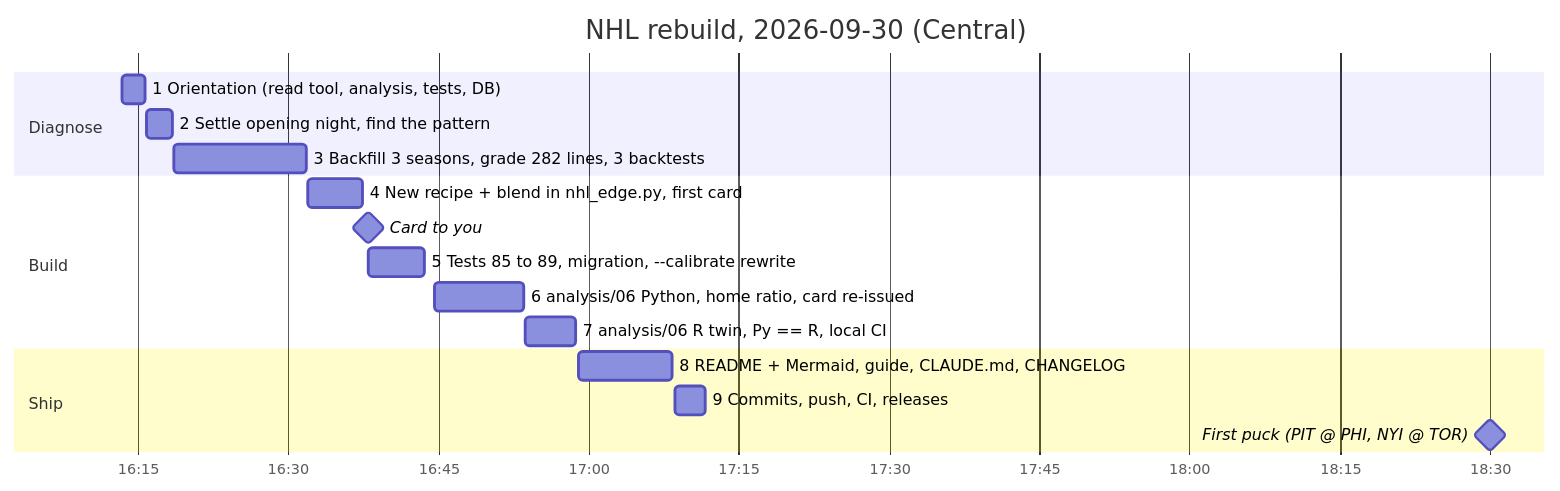
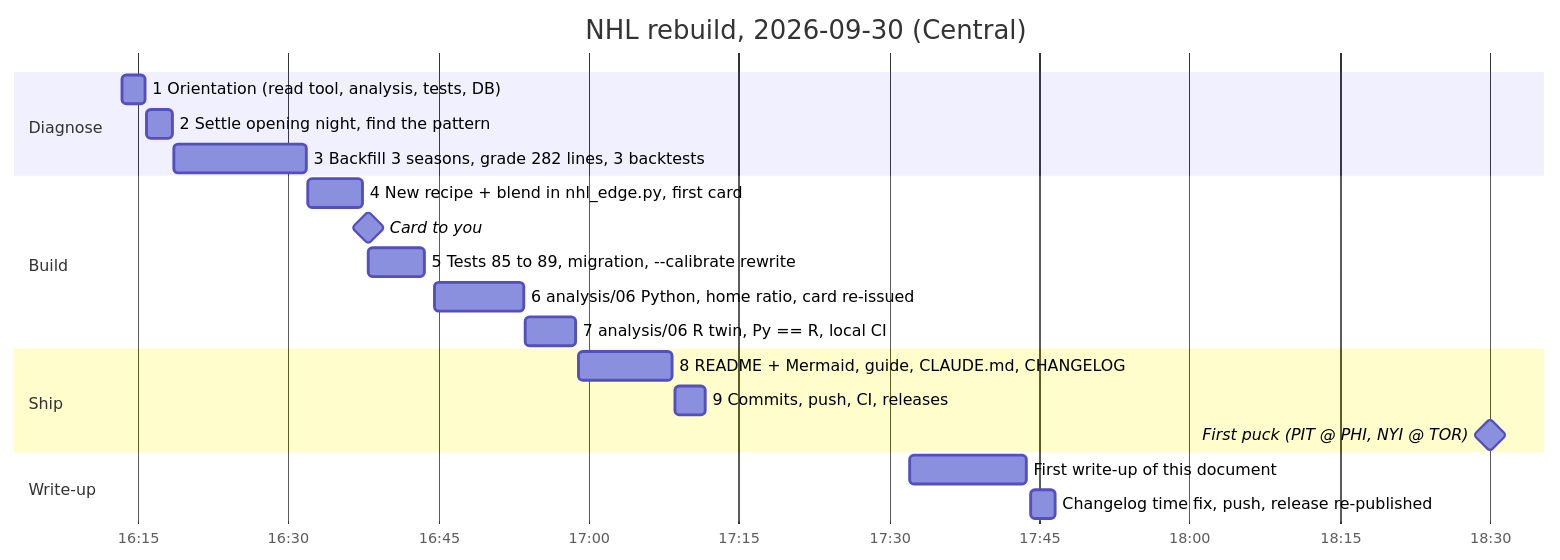
Before and after one commit to wbp318/cfb_soccer_nhl_2026_2027: the second of 28 diagrams in nhl_rebuild_session_2026-09-30.md, drawn with Mermaid. The commit also changed other lines of this file and 2 other files, not shown here.

First line of the commit message:
Session write-up expanded: prompt anatomy, token routing, cache, parallel tools, effort

````diff
--- a/nhl_rebuild_session_2026-09-30.md
+++ b/nhl_rebuild_session_2026-09-30.md
@@ -37,20 +90,23 @@
 ```mermaid
 gantt
     title NHL rebuild, 2026-09-30 (Central)
     dateFormat HH:mm:ss
     axisFormat %H:%M
     section Diagnose
     1 Orientation (read tool, analysis, tests, DB)        :p1, 16:13:24, 16:15:43
     2 Settle opening night, find the pattern               :p2, 16:15:53, 16:18:24
     3 Backfill 3 seasons, grade 282 lines, 3 backtests      :p3, 16:18:34, 16:31:48
     section Build
     4 New recipe + blend in nhl_edge.py, first card         :p4, 16:31:59, 16:37:25
     Card to you                                            :milestone, m1, 16:37:57, 16:37:57
     5 Tests 85 to 89, migration, --calibrate rewrite        :p5, 16:37:57, 16:43:39
     6 analysis/06 Python, home ratio, card re-issued        :p6, 16:44:35, 16:53:32
     7 analysis/06 R twin, Py == R, local CI                 :p7, 16:53:40, 16:58:41
     section Ship
     8 README + Mermaid, guide, CLAUDE.md, CHANGELOG         :p8, 16:58:55, 17:08:19
     9 Commits, push, CI, releases                           :p9, 17:08:38, 17:11:39
     First puck (PIT @ PHI, NYI @ TOR)                       :milestone, m2, 18:30:00, 18:30:00
+    section Write-up
+    First write-up of this document                         :w1, 17:32:01, 17:43:40
+    Changelog time fix, push, release re-published          :w2, 17:44:09, 17:46:37
 ```
````
